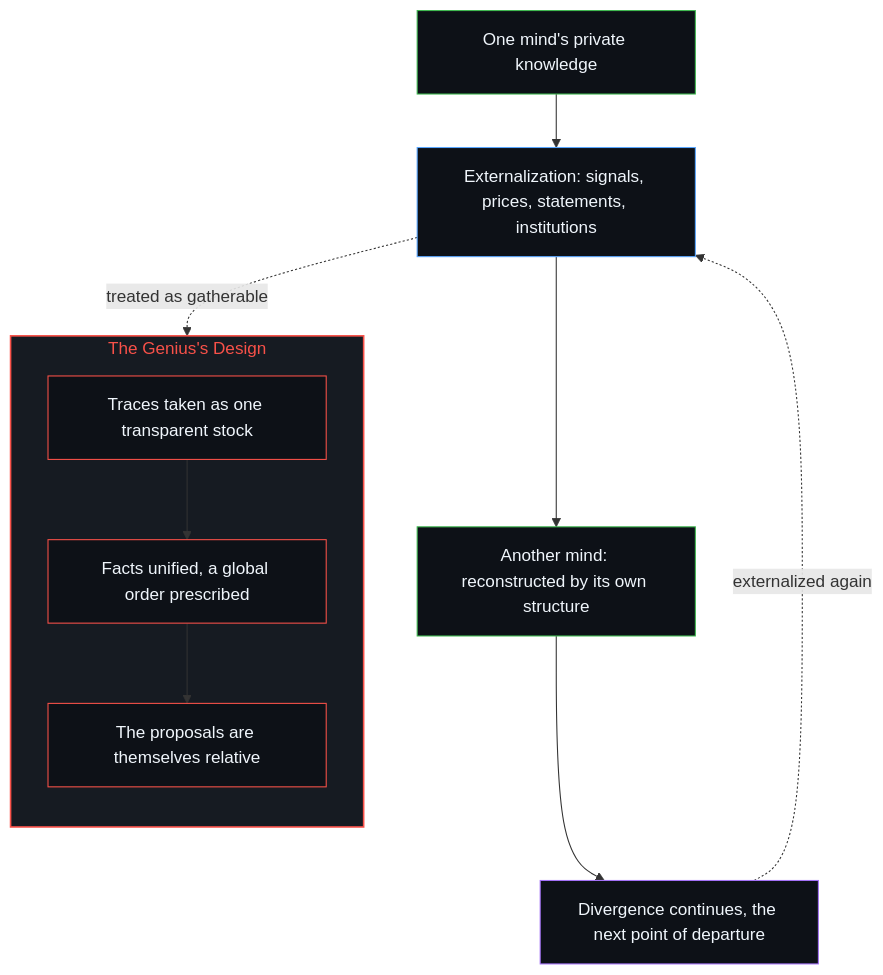
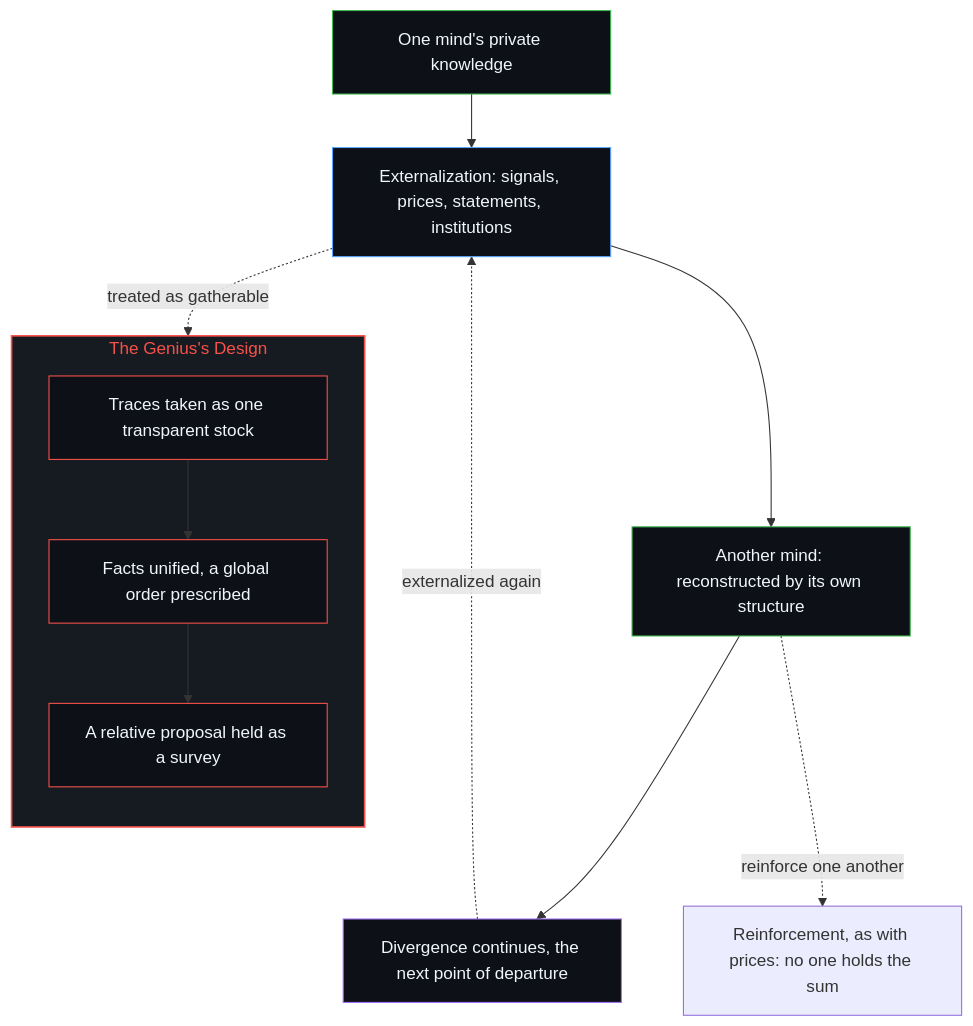
Before and after one commit to powerpig99/not-a-toe: the second of 2 diagrams in content/posts/no-genius-can-solve-the-knowledge-problem.md, drawn with Mermaid. The commit also changed other lines of this file and 1 other file, not shown here.

````diff
--- a/content/posts/no-genius-can-solve-the-knowledge-problem.md
+++ b/content/posts/no-genius-can-solve-the-knowledge-problem.md
@@ -52,24 +54,26 @@
 ```mermaid
 flowchart TD
     A["One mind's private knowledge"]
     X["Externalization: signals, prices, statements, institutions"]
     B["Another mind: reconstructed by its own structure"]
     D["Divergence continues, the next point of departure"]
+    RS["Reinforcement, as with prices: no one holds the sum"]
     subgraph S_G["The Genius's Design"]
         direction TB
         G1["Traces taken as one transparent stock"]
         G2["Facts unified, a global order prescribed"]
-        G3["The proposals are themselves relative"]
+        G3["A relative proposal held as a survey"]
     end
     A --> X --> B --> D
     D -.->|"externalized again"| X
+    B -.->|"reinforce one another"| RS
     X -.->|"treated as gatherable"| G1 --> G2 --> G3
     style S_G fill:#161b22,stroke:#f85149,stroke-width:1.5px,color:#f85149
     style A fill:#0d1117,stroke:#3fb950,stroke-width:1px,color:#f0f6fc
     style X fill:#0d1117,stroke:#58a6ff,stroke-width:1px,color:#f0f6fc
     style B fill:#0d1117,stroke:#3fb950,stroke-width:1px,color:#f0f6fc
     style D fill:#0d1117,stroke:#a371f7,stroke-width:1px,color:#f0f6fc
     style G1 fill:#0d1117,stroke:#f85149,stroke-width:1px,color:#f0f6fc
     style G2 fill:#0d1117,stroke:#f85149,stroke-width:1px,color:#f0f6fc
     style G3 fill:#0d1117,stroke:#f85149,stroke-width:1px,color:#f0f6fc
 ```
````
